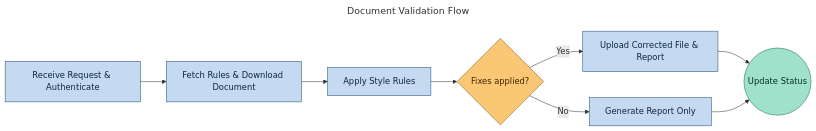
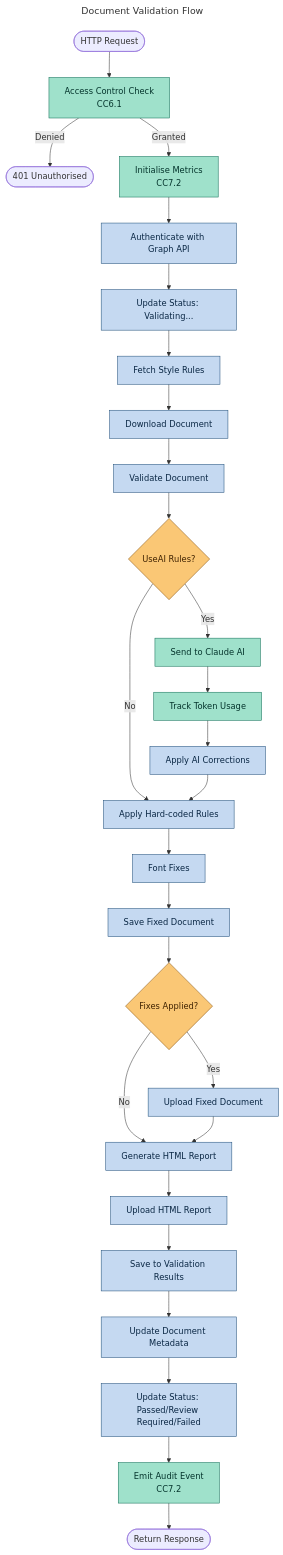
The second of 4 diagrams in docs/1-technical-architecture.md (stephencummins/MaceStyle), drawn with Mermaid before and after one commit. The commit also changed other lines of this file and 9 other files, not shown here.

````diff
--- a/docs/1-technical-architecture.md
+++ b/docs/1-technical-architecture.md
@@ -155,17 +163,41 @@
 ```mermaid
 ---
 title: Document Validation Flow
 ---
-graph LR
-    A[Receive Request & Authenticate]:::primary --> B[Fetch Rules & Download Document]:::primary
-    B --> C[Apply Style Rules]:::primary
-    C --> D{Fixes applied?}:::decision
-    D -->|Yes| E[Upload Corrected File & Report]:::primary
-    D -->|No| F[Generate Report Only]:::primary
-    E --> G((Update Status)):::outcome
-    F --> G
+flowchart TD
+    START([HTTP Request]) --> ACCESS[Access Control Check<br/>CC6.1]:::outcome
+    ACCESS -->|Denied| DENY([401 Unauthorised])
+    ACCESS -->|Granted| METRICS[Initialise Metrics<br/>CC7.2]:::outcome
+    METRICS --> AUTH[Authenticate with Graph API]:::primary
+    AUTH --> STATUS1[Update Status: Validating...]:::primary
+    STATUS1 --> RULES[Fetch Style Rules]:::primary
+    RULES --> DOWNLOAD[Download Document]:::primary
+    DOWNLOAD --> VALIDATE[Validate Document]:::primary
+
+    VALIDATE --> AI{UseAI Rules?}:::decision
+    AI -->|Yes| CLAUDE[Send to Claude AI]:::outcome
+    CLAUDE --> TOKENS[Track Token Usage]:::outcome
+    TOKENS --> APPLY_AI[Apply AI Corrections]:::primary
+
+    AI -->|No| HARD[Apply Hard-coded Rules]:::primary
+    APPLY_AI --> HARD
+
+    HARD --> FONT[Font Fixes]:::primary
+    FONT --> SAVE[Save Fixed Document]:::primary
+
+    SAVE --> UPLOAD{Fixes Applied?}:::decision
+    UPLOAD -->|Yes| UP_DOC[Upload Fixed Document]:::primary
+    UPLOAD -->|No| REPORT
+    UP_DOC --> REPORT[Generate HTML Report]:::primary
+
+    REPORT --> UP_REPORT[Upload HTML Report]:::primary
+    UP_REPORT --> RES[Save to Validation Results]:::primary
+    RES --> META[Update Document Metadata]:::primary
+    META --> STATUS2[Update Status: Passed/Review Required/Failed]:::primary
+    STATUS2 --> AUDIT[Emit Audit Event<br/>CC7.2]:::outcome
+    AUDIT --> END([Return Response])
 
     classDef primary fill:#c5d9f1,stroke:#1F4E79,color:#0a2744
     classDef decision fill:#fac775,stroke:#854f0b,color:#412402
     classDef outcome fill:#9fe1cb,stroke:#0f6e56,color:#04342c
 ```
````
